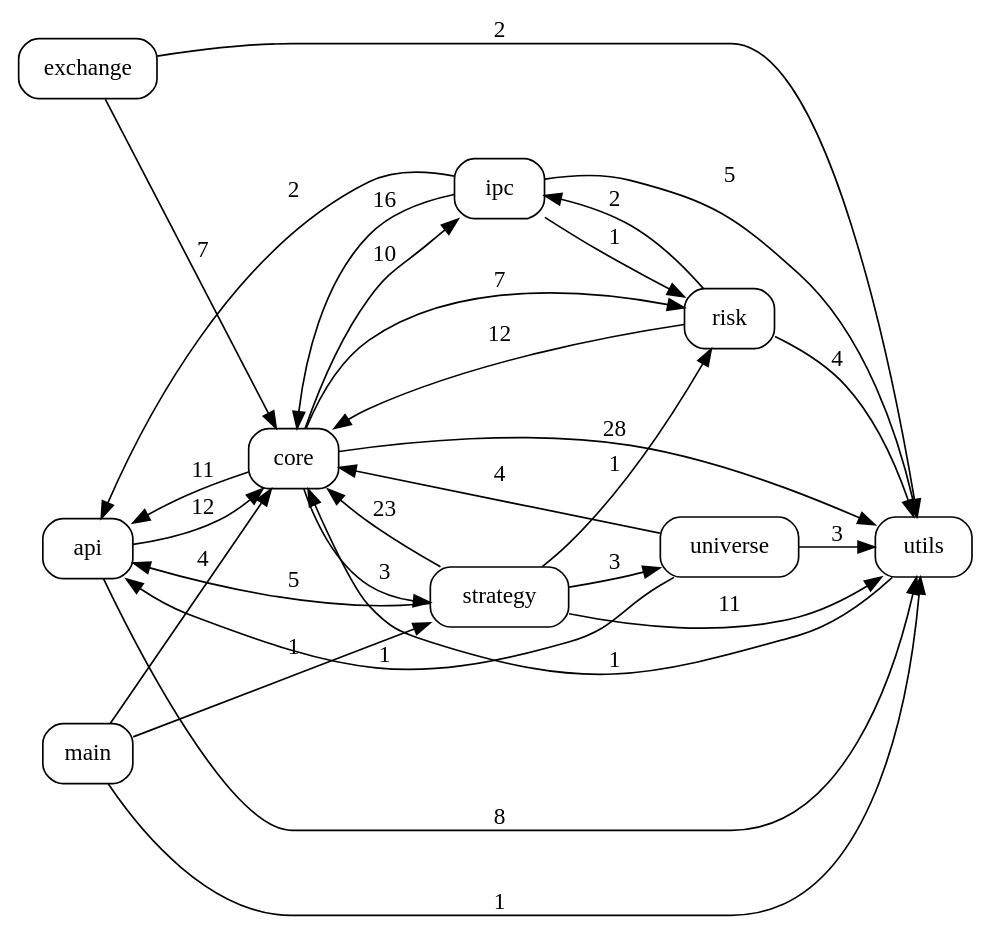
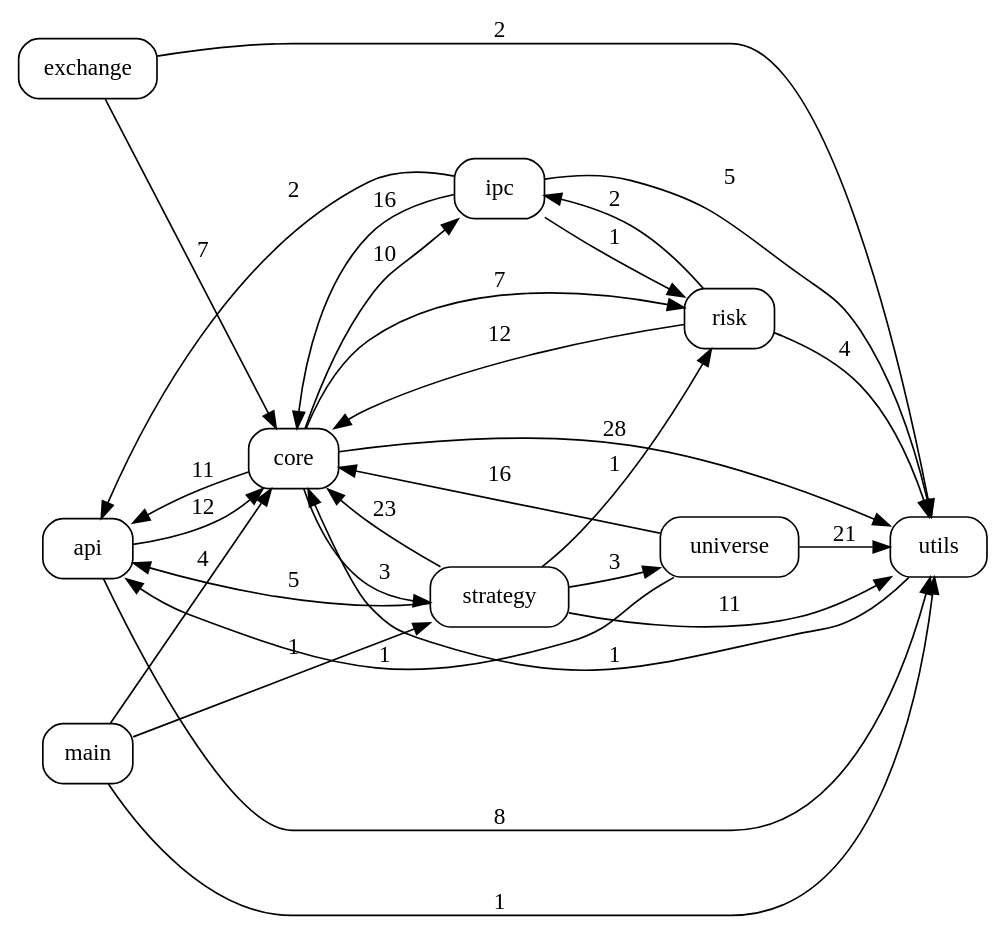
The diagram in docs/code_graph.dot (pypy8171/Quant), drawn with Graphviz before and after one commit. The commit also changed 15 other files, not shown here.

```diff
--- a/docs/code_graph.dot
+++ b/docs/code_graph.dot
@@ -1,41 +1,41 @@
 digraph code_graph {
   rankdir=LR;
   node [shape=box, style=rounded, fontname="Consolas"];
   "api";
   "core";
   "exchange";
   "ipc";
   "main";
   "risk";
   "strategy";
   "universe";
   "utils";
   "api" -> "core" [label="12"];
   "api" -> "utils" [label="8"];
   "core" -> "api" [label="11"];
   "core" -> "ipc" [label="10"];
   "core" -> "risk" [label="7"];
   "core" -> "strategy" [label="3"];
   "core" -> "utils" [label="28"];
   "exchange" -> "core" [label="7"];
   "exchange" -> "utils" [label="2"];
   "ipc" -> "api" [label="2"];
   "ipc" -> "core" [label="16"];
   "ipc" -> "risk" [label="1"];
   "ipc" -> "utils" [label="5"];
   "main" -> "core" [label="4"];
   "main" -> "strategy" [label="1"];
   "main" -> "utils" [label="1"];
   "risk" -> "core" [label="12"];
   "risk" -> "ipc" [label="2"];
   "risk" -> "utils" [label="4"];
   "strategy" -> "api" [label="5"];
   "strategy" -> "core" [label="23"];
   "strategy" -> "risk" [label="1"];
   "strategy" -> "universe" [label="3"];
   "strategy" -> "utils" [label="11"];
   "universe" -> "api" [label="1"];
-  "universe" -> "core" [label="4"];
-  "universe" -> "utils" [label="3"];
+  "universe" -> "core" [label="16"];
+  "universe" -> "utils" [label="21"];
   "utils" -> "core" [label="1"];
 }
```
